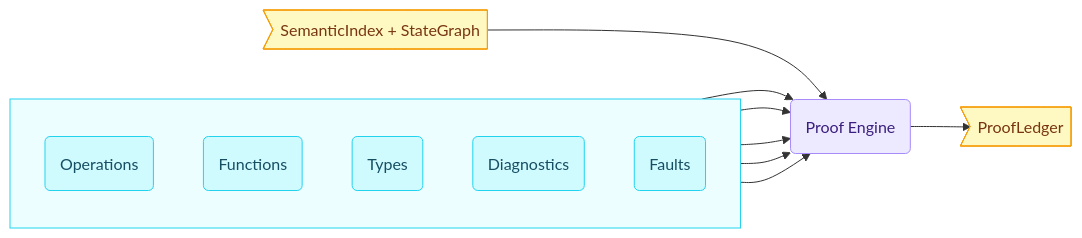
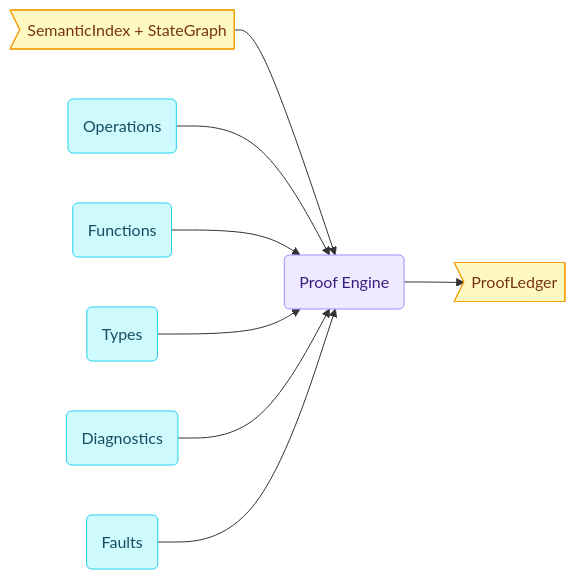
Before and after one commit to sfalik/Precept: the sixth of 10 diagrams in docs/compiler-and-runtime-design.md, drawn with Mermaid. The commit also changed other lines of this file, not shown here.

First line of the commit message:
docs: remove subgraph wrappers from catalog nodes in per-stage pipeline diagrams

````diff
--- a/docs/compiler-and-runtime-design.md
+++ b/docs/compiler-and-runtime-design.md
@@ -687,30 +672,25 @@
 ```mermaid
 flowchart LR
     classDef input   fill:#dbeafe,stroke:#60a5fa,color:#1e3a5f
     classDef catalog fill:#cffafe,stroke:#22d3ee,color:#164e63
     classDef stage   fill:#ede9fe,stroke:#a78bfa,color:#3b1f7e
     classDef out     fill:#fef9c3,stroke:#f59e0b,color:#78350f
 
     TM>"SemanticIndex + StateGraph"]:::out
     PE(Proof Engine):::stage
     OUT>"ProofLedger"]:::out
 
-    subgraph CATS[" "]
-        direction TB
-        COPN("Operations"):::catalog
-        CFUN("Functions"):::catalog
-        CTYP("Types"):::catalog
-        CDIA("Diagnostics"):::catalog
-        CFLT("Faults"):::catalog
-    end
-
-    style CATS fill:#ecfeff,stroke:#22d3ee,color:#164e63
+    COPN(Operations):::catalog
+    CFUN(Functions):::catalog
+    CTYP(Types):::catalog
+    CDIA(Diagnostics):::catalog
+    CFLT(Faults):::catalog
 
     TM --> PE
     COPN --> PE
     CFUN --> PE
     CTYP --> PE
     CDIA --> PE
     CFLT --> PE
     PE --> OUT
 ```
````
